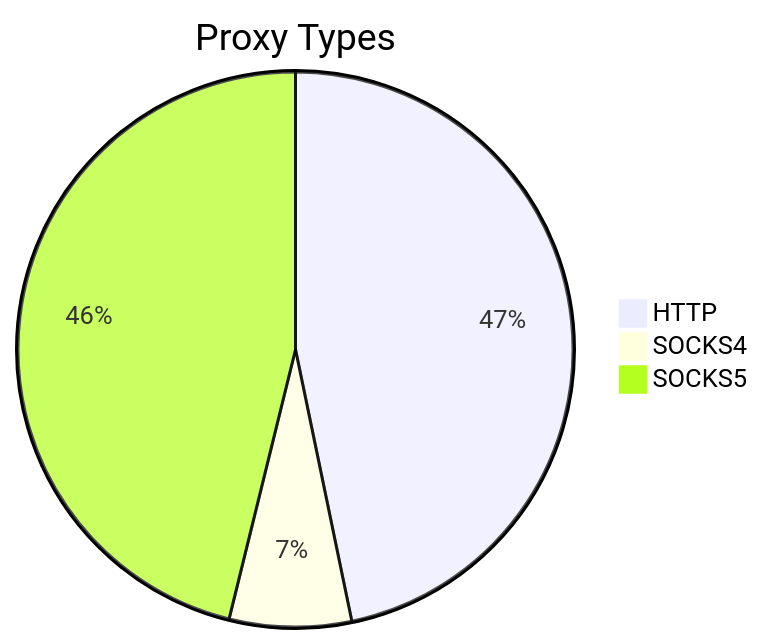
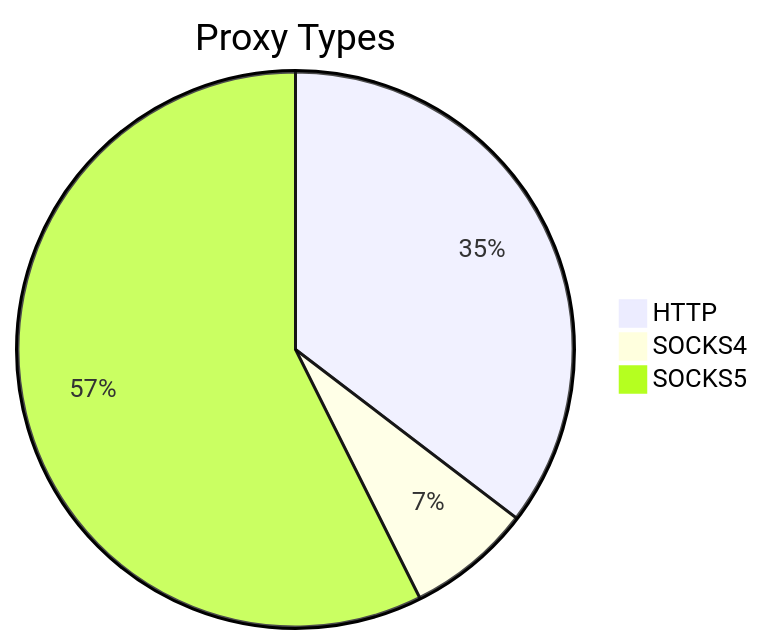
One commit to stormsia/proxy-list changed the first of 2 diagrams in README.md. Above: the diagram before and after it, drawn with Mermaid. The commit also changed other lines of this file, not shown here.

````diff
--- a/README.md
+++ b/README.md
@@ -21,6 +21,6 @@
 ```mermaid
 pie title Proxy Types
-    "HTTP" : 158
-    "SOCKS4" : 24
-    "SOCKS5" : 156
+    "HTTP" : 254
+    "SOCKS4" : 52
+    "SOCKS5" : 412
 ```
````
